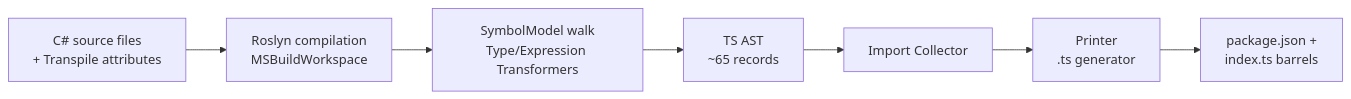
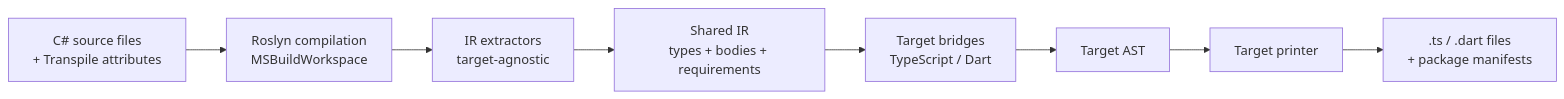
One commit to danfma/meta-sharp changed the diagram in docs/architecture.md. Above: the diagram before and after it, drawn with Mermaid. The commit also changed other lines of this file and 3 other files, not shown here.

First line of the commit message:
docs: retire refactor plan, rewrite architecture, add Dart to spec

````diff
--- a/docs/architecture.md
+++ b/docs/architecture.md
@@ -9,9 +9,10 @@
 ```mermaid
 flowchart LR
     A[C# source files<br/>+ Transpile attributes] --> B[Roslyn compilation<br/>MSBuildWorkspace]
-    B --> C[SymbolModel walk<br/>Type/Expression Transformers]
-    C --> D[TS AST<br/>~65 records]
-    D --> E[Import Collector]
-    E --> F[Printer<br/>.ts generator]
-    F --> G[package.json +<br/>index.ts barrels]
+    B --> C[IR extractors<br/>target-agnostic]
+    C --> D[Shared IR<br/>types + bodies + requirements]
+    D --> E[Target bridges<br/>TypeScript / Dart]
+    E --> F[Target AST]
+    F --> G[Target printer]
+    G --> H[.ts / .dart files<br/>+ package manifests]
 ```
````
